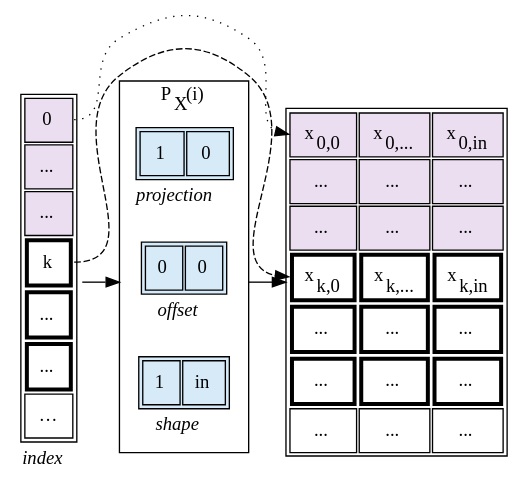
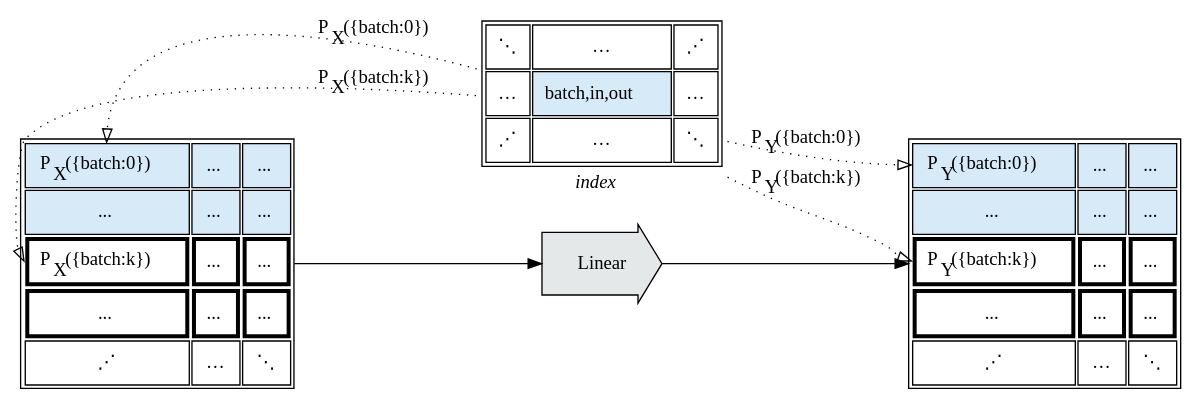
Before and after one commit to crutcher/crutcher.github.io-source: diagram 13 of 18 in source/Tapestry/index.md, drawn with Graphviz. The commit also changed other lines of this file and 2 other files, not shown here.

Commit message:
out dim sharding

````diff
--- a/source/Tapestry/index.md
+++ b/source/Tapestry/index.md
@@ -1322,144 +1409,140 @@
 ```graphviz
 digraph G {
-  rankdir=LR;
-  compound=true;
+    rankdir=LR;
 
-  subgraph cluster_zproj {
-    label=<P<sub>X</sub>(i)>;
-  proj [
-    shape="plain",
-    label=<
-        <table border="0">
-    <tr><td>
-      <table bgcolor="#D6EAF8" cellpadding="8">
-        <tr>
-          <td>1</td>
-          <td>0</td>
-          </tr>
-        </table>
-          </td></tr>
-    <tr><td><i>projection</i></td></tr>
-          </table>
-    >,
-  ];
+    idx [
+        shape="plain",
+        label=<
+	<table border="0">
+        <tr><td>
+          <table cellpadding="8">
+              <tr>
+                  <td>⋱</td>
+                  <td>…</td>
+                  <td>⋰</td>
+                  </tr>
+              <tr>
+                  <td>…</td>
+                  <td bgcolor="#D6EAF8" align="center">batch,in,out</td>
+                  <td>…</td>
+                  </tr>
+              <tr>
+                  <td>⋰</td>
+                  <td>…</td>
+                  <td>⋱</td>
+                  </tr>
+              </table>
+	  </td></tr>
+        <tr><td><i>index</i></td></tr>
+	  </table>
+        >,
+    ];
+    
+    x [
+        shape="plain",
+        label=<
+        <table cellpadding="8">
+            <tr>
+                <td port="a" bgcolor="#D6EAF8">P<sub>X</sub>({batch:0})</td>
+                <td bgcolor="#D6EAF8">...</td>
+                <td bgcolor="#D6EAF8">...</td>
+                </tr>
+            <tr>
+                <td bgcolor="#D6EAF8">...</td>
+                <td bgcolor="#D6EAF8">...</td>
+                <td bgcolor="#D6EAF8">...</td>
+                </tr>
+            <tr>
+                <td port="b" border="3">P<sub>X</sub>({batch:k})</td>
+                <td border="3">...</td>
+                <td border="3">...</td>
+                </tr>
+            <tr>
+                <td border="3">...</td>
+                <td border="3">...</td>
+                <td border="3">...</td>
+                </tr>
+            <tr>
+                <td>⋰</td>
+                <td>…</td>
+                <td>⋱</td>
+                </tr>
+            </table>
+        >,
+    ];
+    
+    y [
+        shape="plain",
+        label=<
+        <table cellpadding="8">
+            <tr>
+                <td port="a" bgcolor="#D6EAF8">P<sub>Y</sub>({batch:0})</td>
+                <td bgcolor="#D6EAF8">...</td>
+                <td bgcolor="#D6EAF8">...</td>
+                </tr>
+            <tr>
+                <td bgcolor="#D6EAF8">...</td>
+                <td bgcolor="#D6EAF8">...</td>
+                <td bgcolor="#D6EAF8">...</td>
+                </tr>
+            <tr>
+                <td port="b" border="3">P<sub>Y</sub>({batch:k})</td>
+                <td border="3">...</td>
+                <td border="3">...</td>
+                </tr>
+            <tr>
+                <td border="3">...</td>
+                <td border="3">...</td>
+                <td border="3">...</td>
+                </tr>
+            <tr>
+                <td>⋰</td>
+                <td>…</td>
+                <td>⋱</td>
+                </tr>
+            </table>
+        >,
+    ];
 
-  offset [
-    shape="plain",
-    label=<
-        <table border="0">
-    <tr><td>
-      <table bgcolor="#D6EAF8" cellpadding="8">
-        <tr>
-          <td>0</td>
-          <td>0</td>
-          </tr>
-        </table>
-          </td></tr>
-    <tr><td><i>offset</i></td></tr>
-          </table>
-    >,
-  ];
+    op [
+        label=Linear,
+        shape=rarrow,
+        style=filled,
+        fillcolor="#E5E8E8",
+        margin=0.3
+    ];
 
-  rshape [
-    shape="plain",
-    label=<
-        <table border="0">
-    <tr><td>
-      <table bgcolor="#D6EAF8" cellpadding="8">
-        <tr>
-          <td>1</td>
-          <td>in</td>
-          </tr>
-        </table>
-          </td></tr>
-    <tr><td><i>shape</i></td></tr>
-          </table>
-    >,
-  ];
+    x -> op;
+    op -> y;
 
-  }
+    idx -> x:a [
+        label=<P<sub>X</sub>({batch:0})>,
+        constraint=false,
+        style=dotted,
+        arrowhead=empty
+    ];
+    
+    idx -> x:b [
+        label=<P<sub>X</sub>({batch:k})>,
+        constraint=false,
+        style=dotted,
+        arrowhead=empty
+    ];
+    
+    idx -> y:a [
+        label=<P<sub>Y</sub>({batch:0})>,
+        constraint=false,
+        style=dotted,
+        arrowhead=empty
+    ];
+    
+    idx -> y:b [
+        label=<P<sub>Y</sub>({batch:k})>,
+        constraint=false,
+        style=dotted,
+        arrowhead=empty
+    ];
 
-  X [
-      shape="plain",
-      label=<
-      <table cellpadding="8">
-          <tr>
-              <td port="a" bgcolor="#EBDEF0">x<sub>0,0</sub></td>
-              <td bgcolor="#EBDEF0">x<sub>0,...</sub></td>
-              <td bgcolor="#EBDEF0">x<sub>0,in</sub></td>
-              </tr>
-          <tr>
-              <td bgcolor="#EBDEF0">...</td>
-              <td bgcolor="#EBDEF0">...</td>
-              <td bgcolor="#EBDEF0">...</td>
-              </tr>
-          <tr>
-              <td bgcolor="#EBDEF0">...</td>
-              <td bgcolor="#EBDEF0">...</td>
-              <td bgcolor="#EBDEF0">...</td>
-              </tr>
-          <tr>
-              <td border="3" port="b">x<sub>k,0</sub></td>
-              <td border="3">x<sub>k,...</sub></td>
-              <td border="3">x<sub>k,in</sub></td>
-              </tr>
-          <tr>
-              <td border="3">...</td>
-              <td border="3">...</td>
-              <td border="3">...</td>
-              </tr>
-          <tr>
-              <td border="3">...</td>
-              <td border="3">...</td>
-              <td border="3">...</td>
-              </tr>
-          <tr>
-              <td>...</td>
-              <td>...</td>
-              <td>...</td>
-              </tr>
-          </table>
-      >,
-  ];
-
-  idx [
-    shape="plain",
-    label=<
-        <table border="0">
-    <tr><td>
-      <table cellpadding="8">
-        <tr>
-          <td port="a" bgcolor="#EBDEF0">0</td>
-          </tr>
-        <tr>
-          <td port="a" bgcolor="#EBDEF0">...</td>
-          </tr>
-        <tr>
-          <td port="a" bgcolor="#EBDEF0">...</td>
-          </tr>
-        <tr>
-          <td port="b" border="3">k</td>
-          </tr>
-        <tr>
-          <td port="b" border="3">...</td>
-          </tr>
-        <tr>
-          <td port="b" border="3">...</td>
-          </tr>
-        <tr>
-          <td>…</td>
-          </tr>
-        </table>
-          </td></tr>
-    <tr><td><i>index</i></td></tr>
-          </table>
-    >,
-  ];
-
-  idx -> offset [lhead=cluster_zproj];
-  offset -> X [ltail=cluster_zproj];
-
-  idx:a -> X:a [weight=0, style=dotted];
-  idx:b -> X:b [weight=0, style=dashed];
+    { rank=same; op; idx; }
 }
 ```
````
